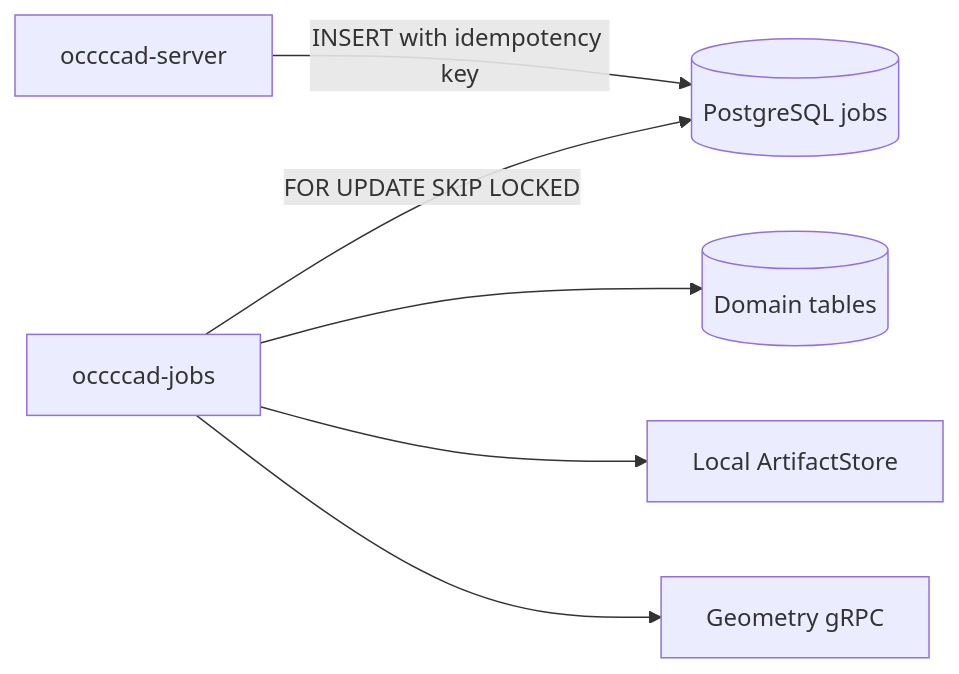
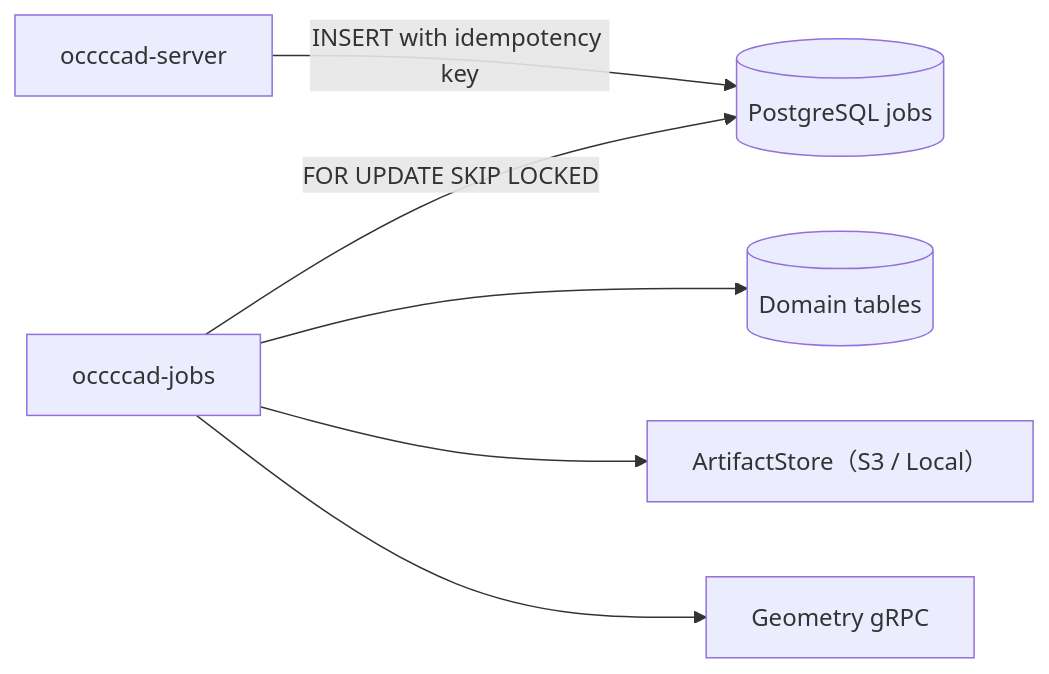
One commit to cossoledad/occccad changed the diagram in services/cmd/occccad-jobs/README.md. Above: the diagram before and after it, drawn with Mermaid. The commit also changed other lines of this file and 28 other files, not shown here.

````diff
--- a/services/cmd/occccad-jobs/README.md
+++ b/services/cmd/occccad-jobs/README.md
@@ -20,8 +20,8 @@
 ```mermaid
 flowchart LR
     API["occccad-server"] -->|"INSERT with idempotency key"| Queue[(PostgreSQL jobs)]
     Jobs["occccad-jobs"] -->|"FOR UPDATE SKIP LOCKED"| Queue
     Jobs --> DB[(Domain tables)]
-    Jobs --> Store["Local ArtifactStore"]
+    Jobs --> Store["ArtifactStore（S3 / Local）"]
     Jobs --> Geometry["Geometry gRPC"]
 ```
````
